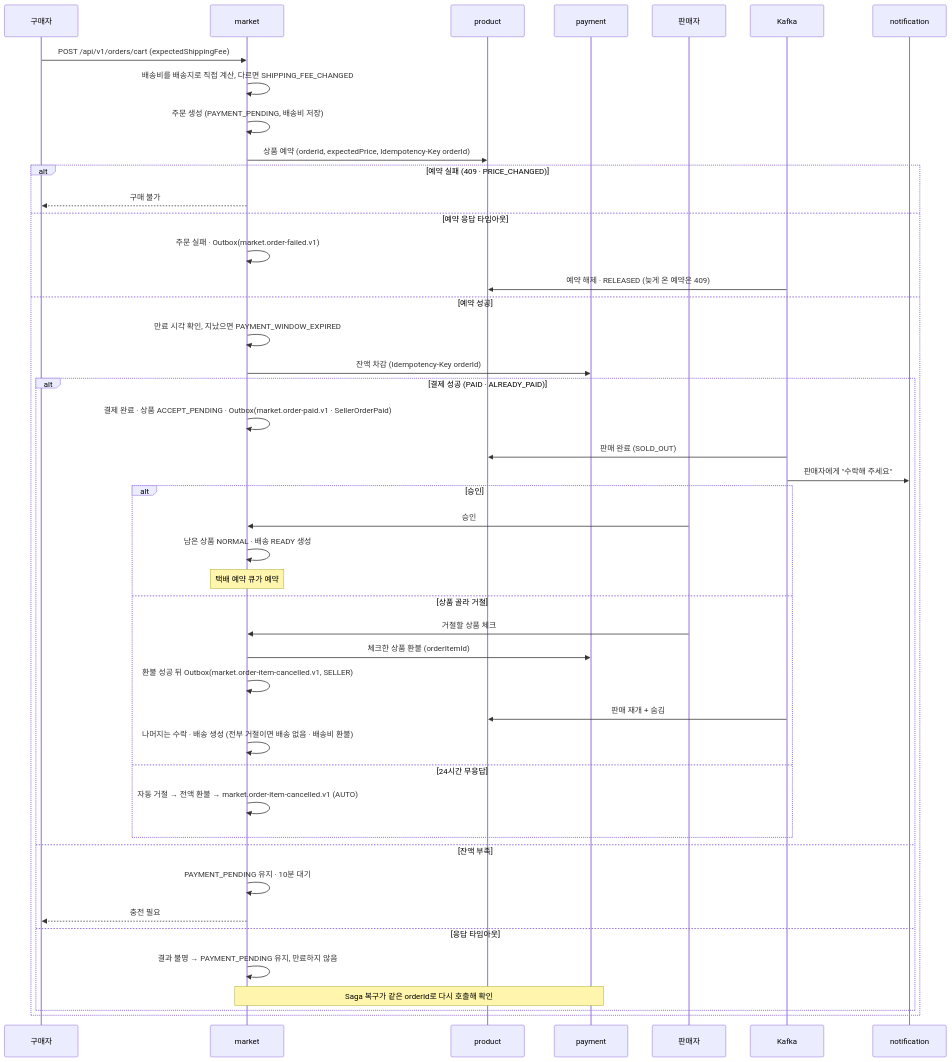
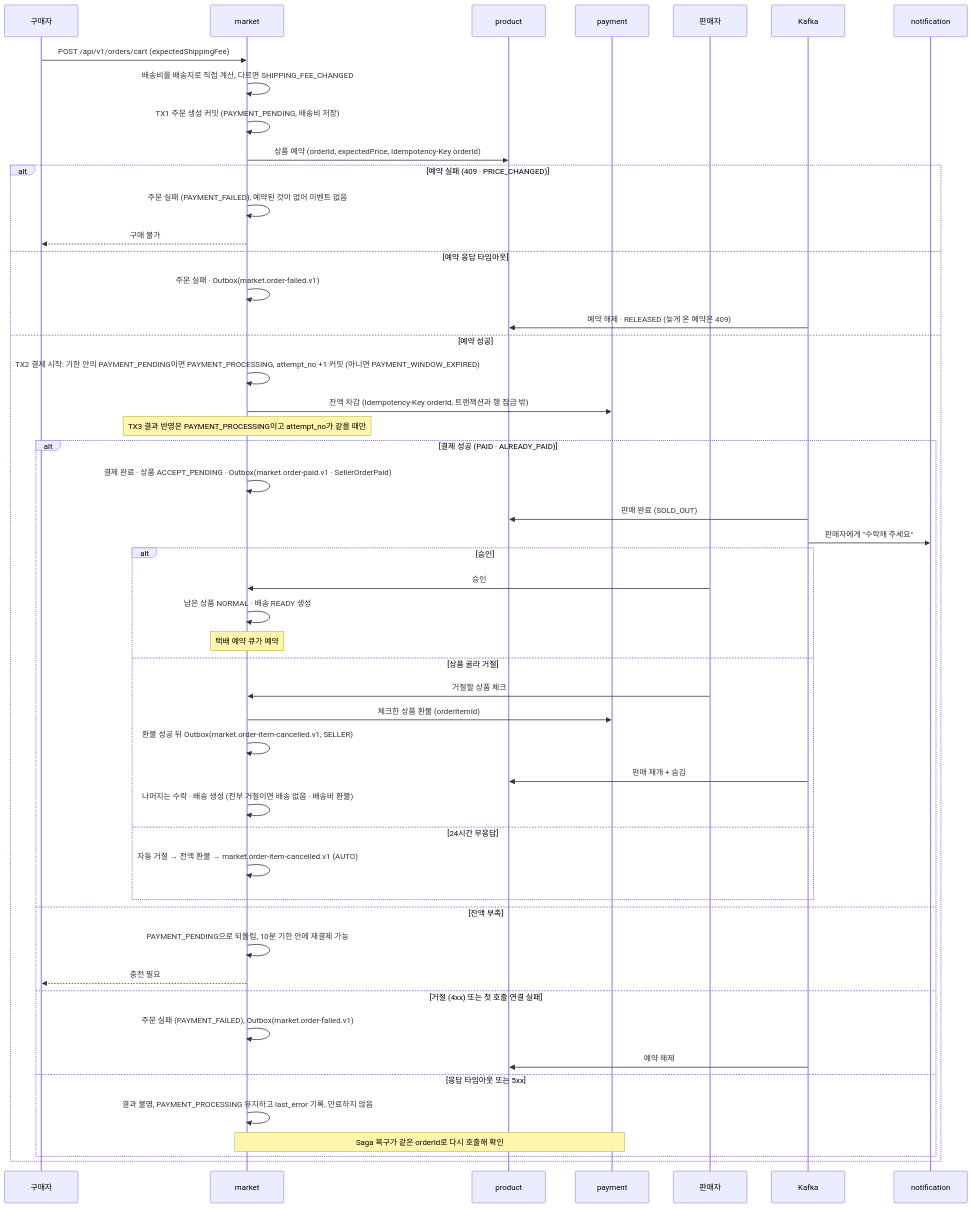
One commit to prgrms-be-adv-devcourse/beadv8_8_JustCommit_BE changed the diagram in docs/flows/order-payment.md. Above: the diagram before and after it, drawn with Mermaid. The commit also changed other lines of this file and 8 other files, not shown here.

````diff
--- a/docs/flows/order-payment.md
+++ b/docs/flows/order-payment.md
@@ -10,47 +10,52 @@
 ```mermaid
 sequenceDiagram
     participant U as 구매자
     participant M as market
     participant PR as product
     participant P as payment
     participant SL as 판매자
     participant K as Kafka
     participant N as notification
     U->>M: POST /api/v1/orders/cart (expectedShippingFee)
     M->>M: 배송비를 배송지로 직접 계산, 다르면 SHIPPING_FEE_CHANGED
-    M->>M: 주문 생성 (PAYMENT_PENDING, 배송비 저장)
+    M->>M: TX1 주문 생성 커밋 (PAYMENT_PENDING, 배송비 저장)
     M->>PR: 상품 예약 (orderId, expectedPrice, Idempotency-Key orderId)
     alt 예약 실패 (409 · PRICE_CHANGED)
+        M->>M: 주문 실패 (PAYMENT_FAILED), 예약된 것이 없어 이벤트 없음
         M-->>U: 구매 불가
     else 예약 응답 타임아웃
         M->>M: 주문 실패 · Outbox(market.order-failed.v1)
         K->>PR: 예약 해제 · RELEASED (늦게 온 예약은 409)
     else 예약 성공
-        M->>M: 만료 시각 확인, 지났으면 PAYMENT_WINDOW_EXPIRED
-        M->>P: 잔액 차감 (Idempotency-Key orderId)
+        M->>M: TX2 결제 시작: 기한 안의 PAYMENT_PENDING이면 PAYMENT_PROCESSING, attempt_no +1 커밋 (아니면 PAYMENT_WINDOW_EXPIRED)
+        M->>P: 잔액 차감 (Idempotency-Key orderId, 트랜잭션과 행 잠금 밖)
+        Note over M: TX3 결과 반영은 PAYMENT_PROCESSING이고 attempt_no가 같을 때만
         alt 결제 성공 (PAID · ALREADY_PAID)
             M->>M: 결제 완료 · 상품 ACCEPT_PENDING · Outbox(market.order-paid.v1 · SellerOrderPaid)
             K->>PR: 판매 완료 (SOLD_OUT)
             K->>N: 판매자에게 "수락해 주세요"
             alt 승인
                 SL->>M: 승인
                 M->>M: 남은 상품 NORMAL · 배송 READY 생성
                 Note over M: 택배 예약 큐가 예약
             else 상품 골라 거절
                 SL->>M: 거절할 상품 체크
                 M->>P: 체크한 상품 환불 (orderItemId)
                 M->>M: 환불 성공 뒤 Outbox(market.order-item-cancelled.v1, SELLER)
                 K->>PR: 판매 재개 + 숨김
                 M->>M: 나머지는 수락 · 배송 생성 (전부 거절이면 배송 없음 · 배송비 환불)
             else 24시간 무응답
                 M->>M: 자동 거절 → 전액 환불 → market.order-item-cancelled.v1 (AUTO)
             end
         else 잔액 부족
-            M->>M: PAYMENT_PENDING 유지 · 10분 대기
+            M->>M: PAYMENT_PENDING으로 되돌림, 10분 기한 안에 재결제 가능
             M-->>U: 충전 필요
-        else 응답 타임아웃
-            M->>M: 결과 불명 → PAYMENT_PENDING 유지, 만료하지 않음
+        else 거절 (4xx) 또는 첫 호출 연결 실패
+            M->>M: 주문 실패 (PAYMENT_FAILED), Outbox(market.order-failed.v1)
+            K->>PR: 예약 해제
+        else 응답 타임아웃 또는 5xx
+            M->>M: 결과 불명, PAYMENT_PROCESSING 유지하고 last_error 기록, 만료하지 않음
             Note over M,P: Saga 복구가 같은 orderId로 다시 호출해 확인
         end
     end
 ```
````
